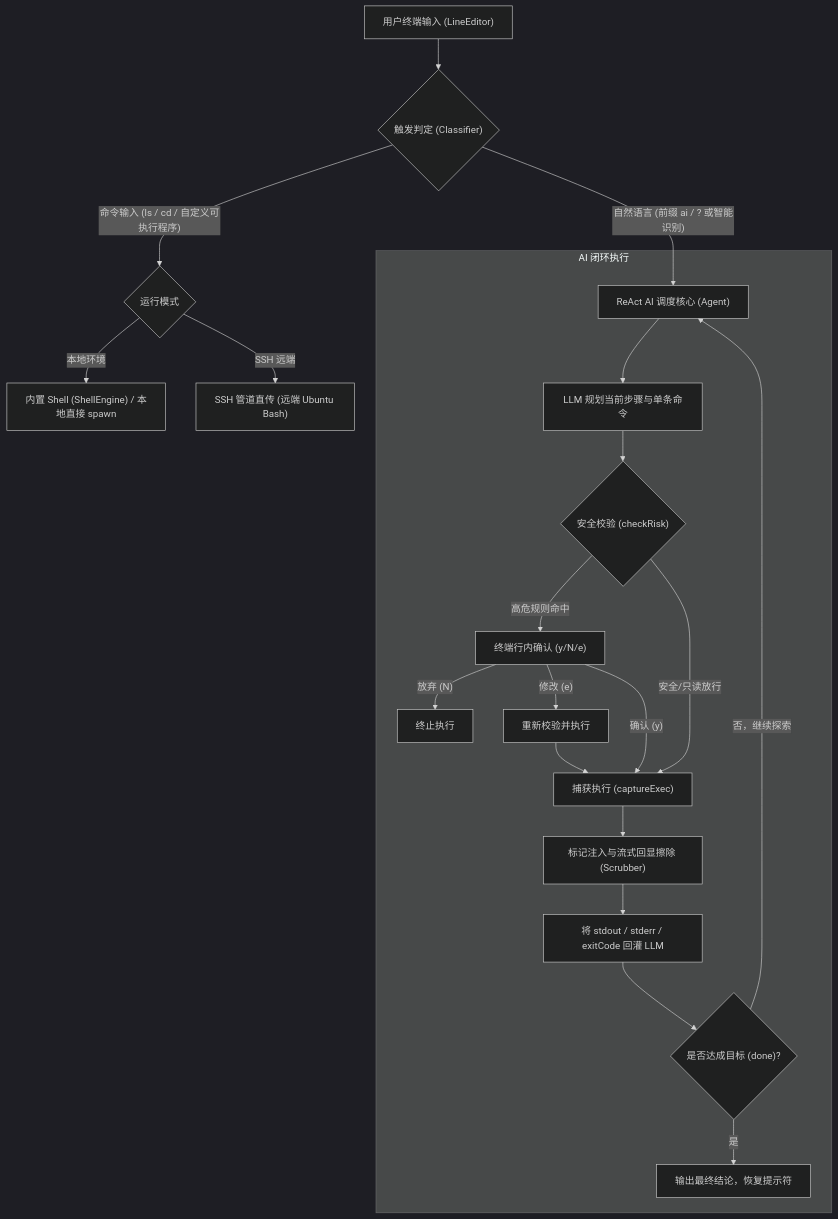
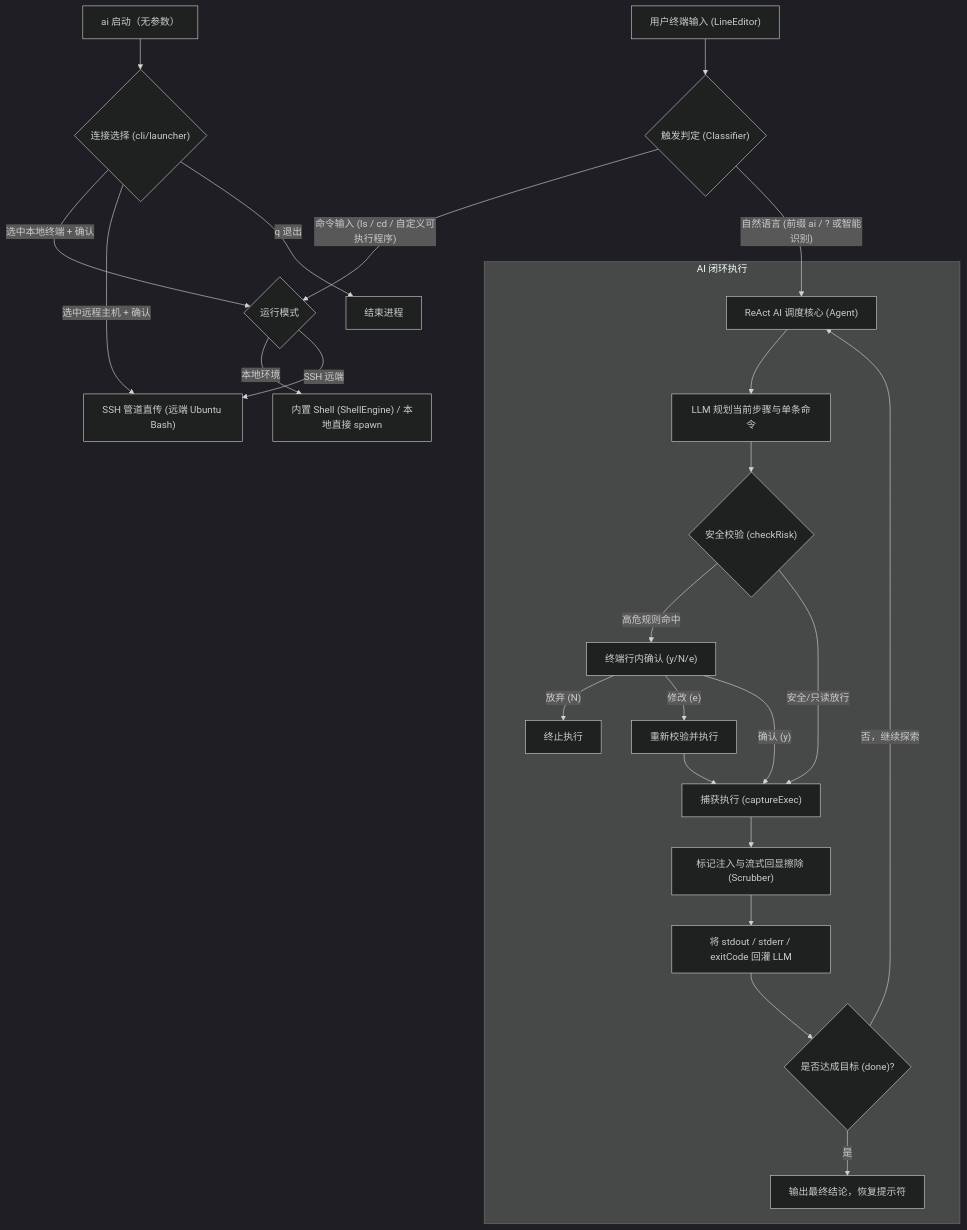
Before and after one commit to sheilacraig/MonoShell: the diagram in README.md, drawn with Mermaid (dark theme). The commit also changed other lines of this file and 24 other files, not shown here.

````diff
--- a/README.md
+++ b/README.md
@@ -98,26 +130,31 @@
 ```mermaid
 flowchart TD
+    Launch["ai 启动（无参数）"] --> PickTarget{"连接选择 (cli/launcher)"}
+    PickTarget -- "选中本地终端 + 确认" --> ShellRouter
+    PickTarget -- "选中远程主机 + 确认" --> SSHStream
+    PickTarget -- "q 退出" --> QuitLaunch["结束进程"]
+
     UserInput["用户终端输入 (LineEditor)"] --> TriggerJudge{"触发判定 (Classifier)"}
     
     TriggerJudge -- "命令输入 (ls / cd / 自定义可执行程序)" --> ShellRouter{"运行模式"}
     ShellRouter -- "本地环境" --> BuiltinOrSpawn["内置 Shell (ShellEngine) / 本地直接 spawn"]
     ShellRouter -- "SSH 远端" --> SSHStream["SSH 管道直传 (远端 Ubuntu Bash)"]
     
     TriggerJudge -- "自然语言 (前缀 ai / ? 或智能识别)" --> AgentLoop["ReAct AI 调度核心 (Agent)"]
     
     subgraph AI 闭环执行
         AgentLoop --> LLMPlan["LLM 规划当前步骤与单条命令"]
         LLMPlan --> SafetyCheck{"安全校验 (checkRisk)"}
         SafetyCheck -- "高危规则命中" --> TerminalConfirm["终端行内确认 (y/N/e)"]
         TerminalConfirm -- "放弃 (N)" --> AgentAbort["终止执行"]
         TerminalConfirm -- "修改 (e)" --> ReValidate["重新校验并执行"]
         TerminalConfirm -- "确认 (y)" --> ExecCaptured
         SafetyCheck -- "安全/只读放行" --> ExecCaptured["捕获执行 (captureExec)"]
         ReValidate --> ExecCaptured
         ExecCaptured --> CaptureScrub["标记注入与流式回显擦除 (Scrubber)"]
         CaptureScrub --> Feedback["将 stdout / stderr / exitCode 回灌 LLM"]
         Feedback --> ReActDecide{"是否达成目标 (done)?"}
         ReActDecide -- "否，继续探索" --> AgentLoop
         ReActDecide -- "是" --> FinalNote["输出最终结论，恢复提示符"]
     end
 ```
````
